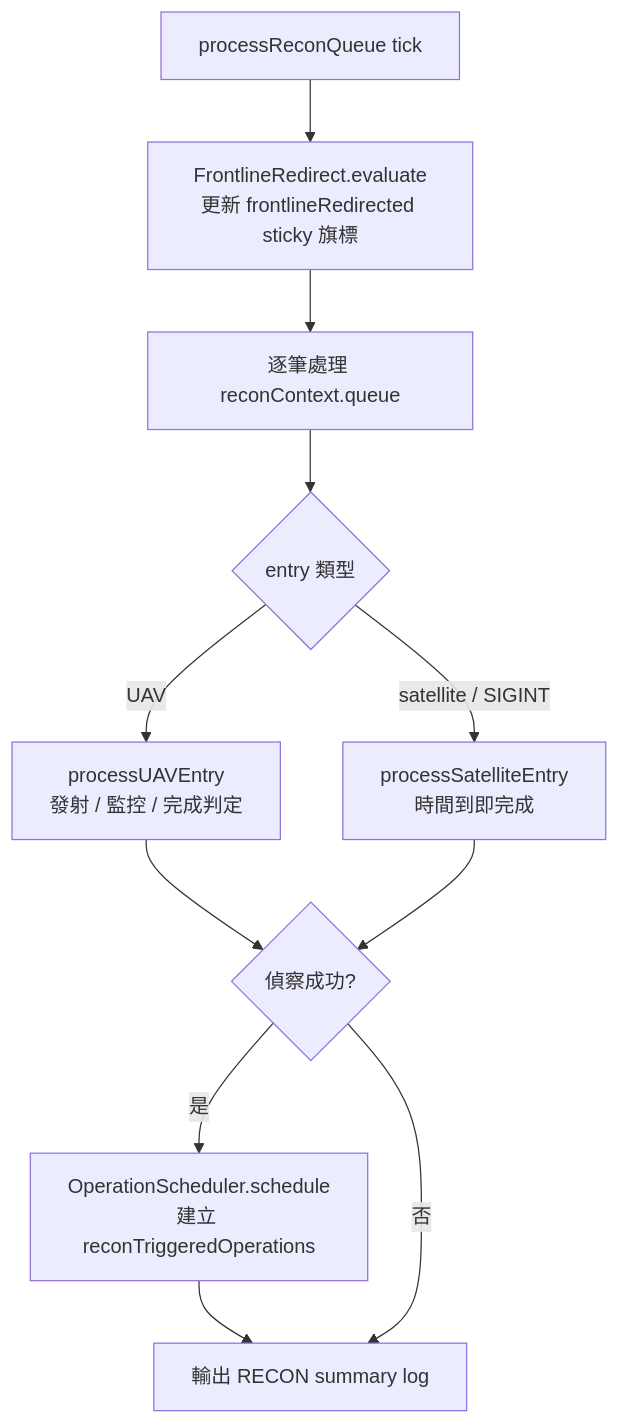
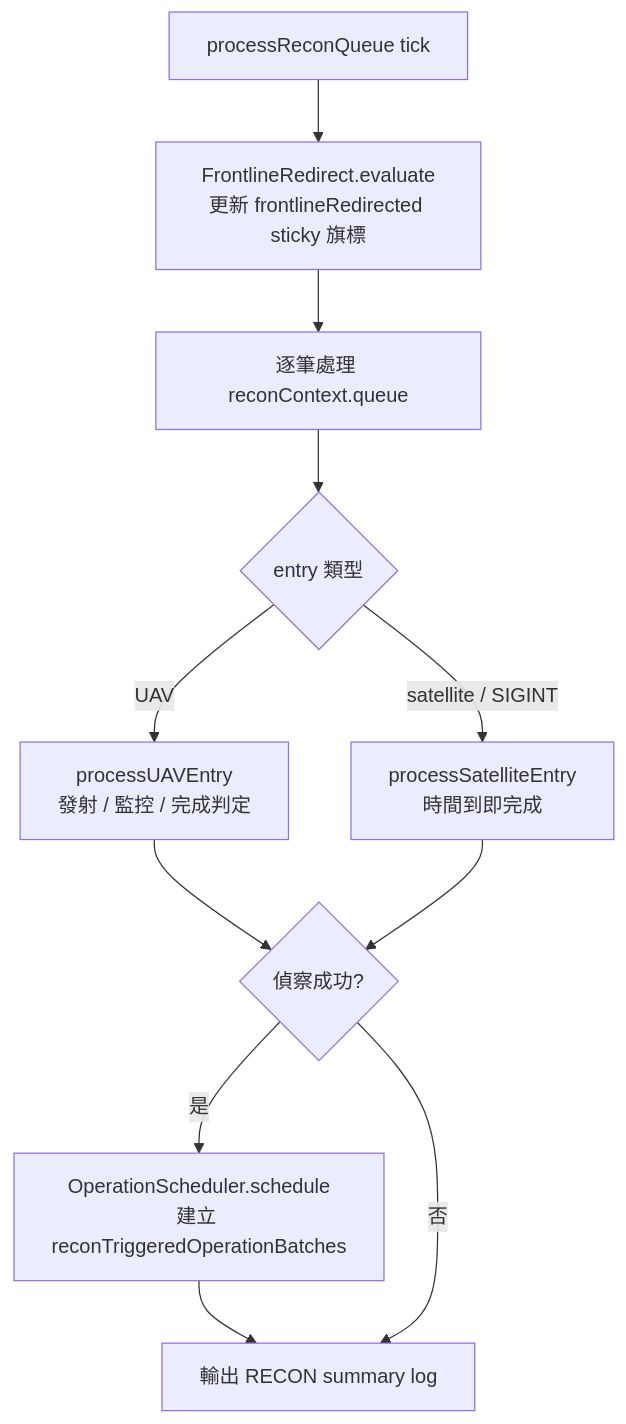
The second of 3 diagrams in docs/strikePlanner/recon.md (pullupjumper/formosa-in-flames), drawn with Mermaid before and after one commit. The commit also changed other lines of this file and 17 other files, not shown here.

First line of the commit message:
refactor(strikePlanner): clarify recon-triggered operation batches

````diff
--- a/docs/strikePlanner/recon.md
+++ b/docs/strikePlanner/recon.md
@@ -86,18 +86,18 @@
 ```mermaid
 flowchart TD
     TICK["processReconQueue tick"]
     REDIRECT["FrontlineRedirect.evaluate<br>更新 frontlineRedirected sticky 旗標"]
     LOOP["逐筆處理 reconContext.queue"]
     ENTRY{"entry 類型"}
     UAV["processUAVEntry<br>發射 / 監控 / 完成判定"]
     SAT["processSatelliteEntry<br>時間到即完成"]
     SUCCESS{"偵察成功?"}
-    SCHED["OperationScheduler.schedule<br>建立 reconTriggeredOperations"]
+    SCHED["OperationScheduler.schedule<br>建立 reconTriggeredOperationBatches"]
     LOG["輸出 RECON summary log"]
 
     TICK --> REDIRECT --> LOOP --> ENTRY
     ENTRY -->|UAV| UAV --> SUCCESS
     ENTRY -->|satellite / SIGINT| SAT --> SUCCESS
     SUCCESS -->|是| SCHED --> LOG
     SUCCESS -->|否| LOG
 ```
````
